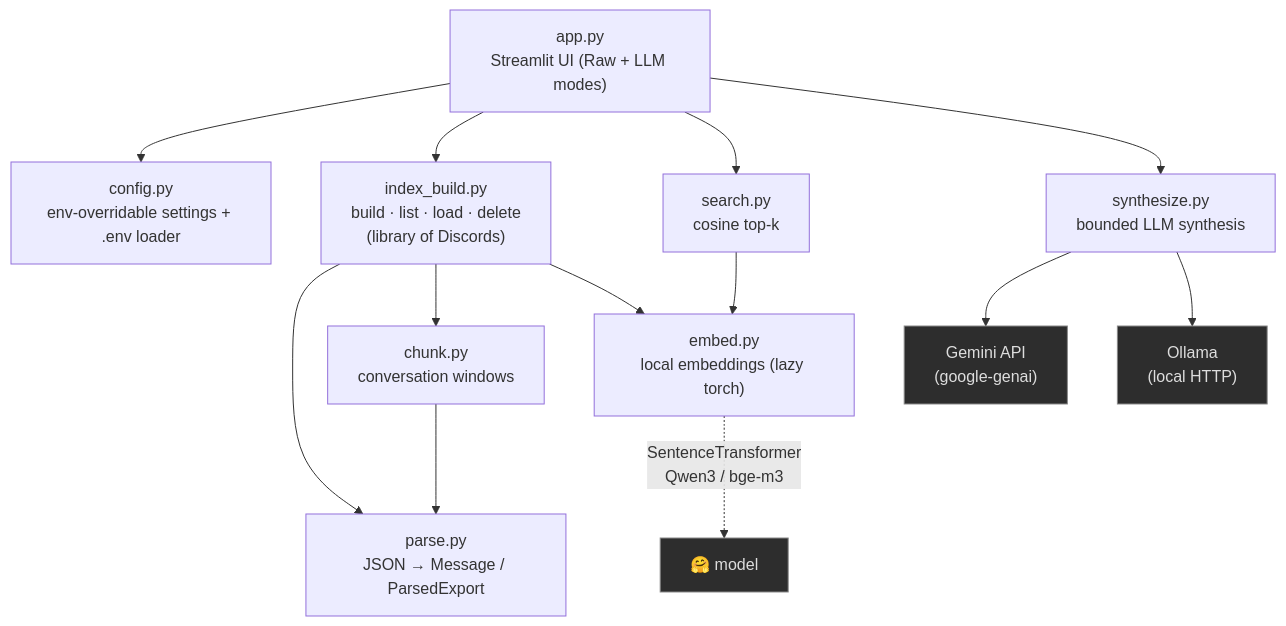
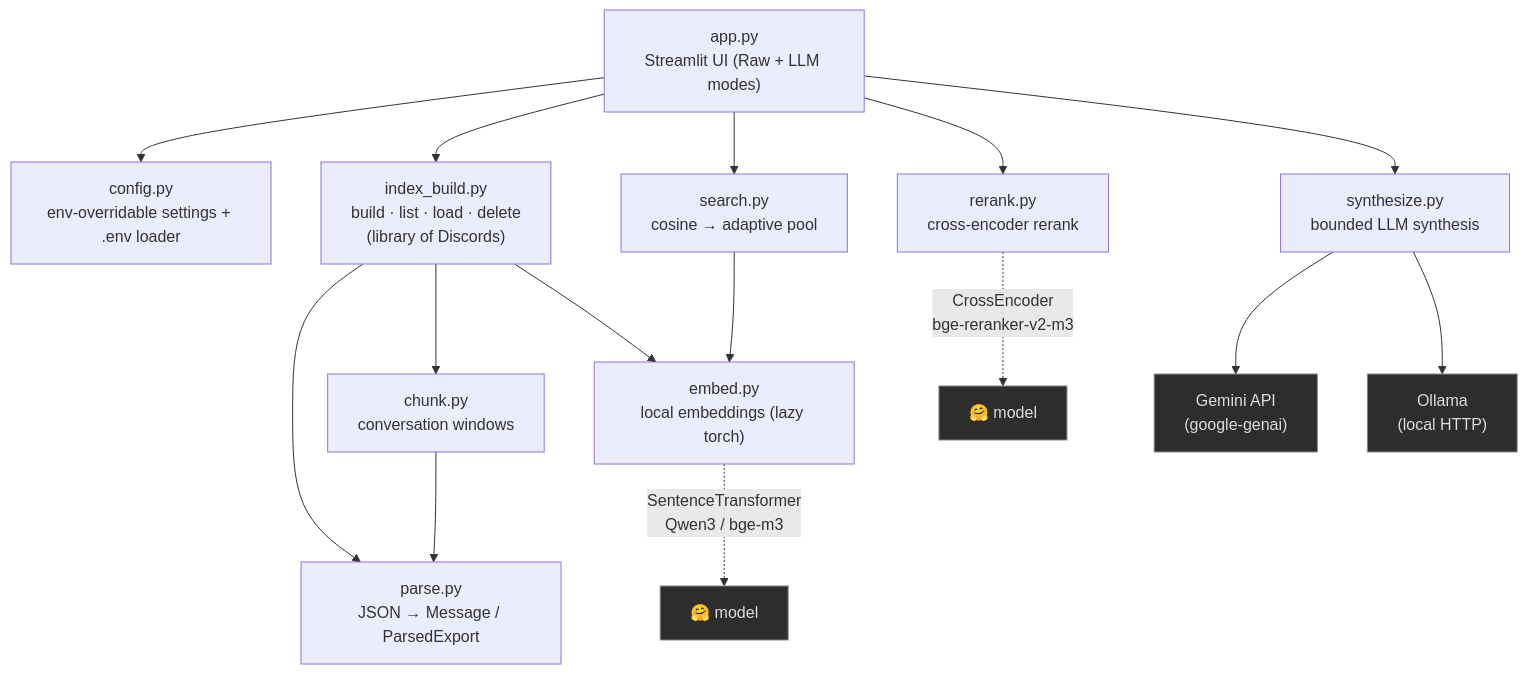
The third of 4 diagrams in ARCHITECTURE.md (mattr13000/discord-answerer), drawn with Mermaid before and after one commit. The commit also changed other lines of this file and 6 other files, not shown here.

````diff
--- a/ARCHITECTURE.md
+++ b/ARCHITECTURE.md
@@ -58,22 +87,24 @@
 ```mermaid
 flowchart TD
     APP["app.py<br/>Streamlit UI (Raw + LLM modes)"]
 
     APP --> CFG["config.py<br/>env-overridable settings + .env loader"]
     APP --> IB["index_build.py<br/>build · list · load · delete<br/>(library of Discords)"]
-    APP --> SE["search.py<br/>cosine top-k"]
+    APP --> SE["search.py<br/>cosine → adaptive pool"]
+    APP --> RR["rerank.py<br/>cross-encoder rerank"]
     APP --> SY["synthesize.py<br/>bounded LLM synthesis"]
 
     IB --> PA["parse.py<br/>JSON → Message / ParsedExport"]
     IB --> CH["chunk.py<br/>conversation windows"]
     IB --> EM["embed.py<br/>local embeddings (lazy torch)"]
     CH --> PA
     SE --> EM
     SY --> GEM["Gemini API<br/>(google-genai)"]
     SY --> OLL["Ollama<br/>(local HTTP)"]
 
     EM -. "SentenceTransformer<br/>Qwen3 / bge-m3" .-> HF["🤗 model"]
+    RR -. "CrossEncoder<br/>bge-reranker-v2-m3" .-> HF2["🤗 model"]
 
     classDef ext fill:#2d2d2d,stroke:#888,color:#ddd;
-    class GEM,OLL,HF ext;
+    class GEM,OLL,HF,HF2 ext;
 ```
````
